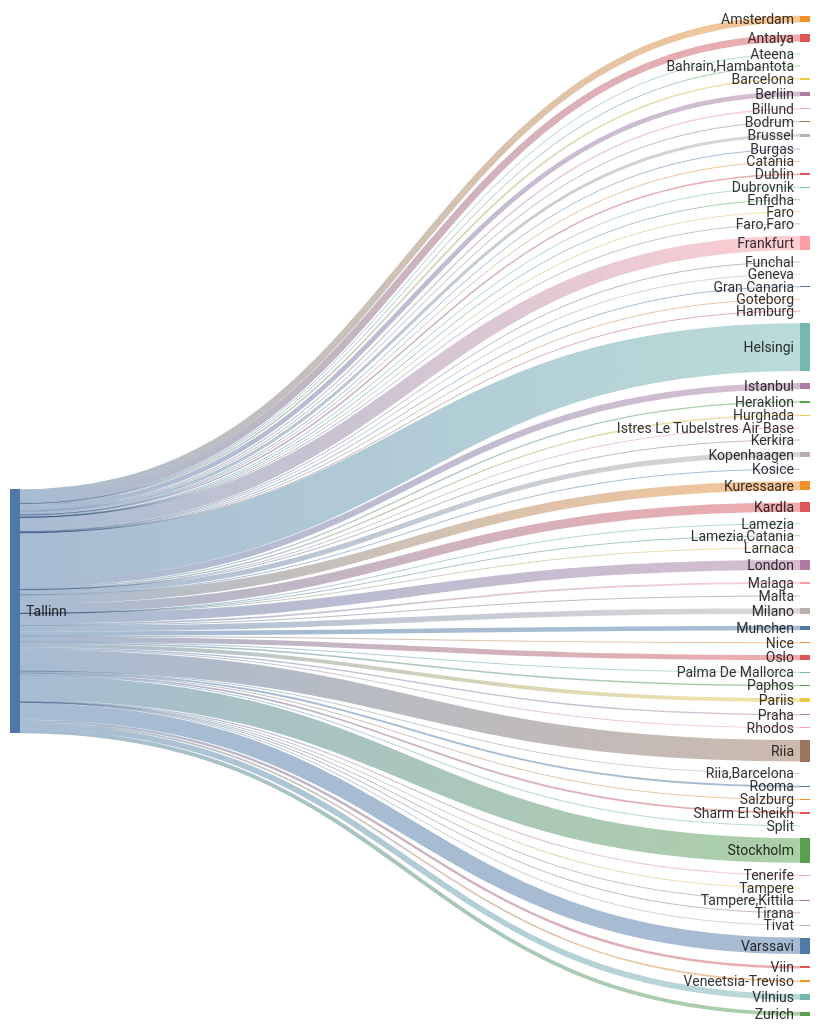
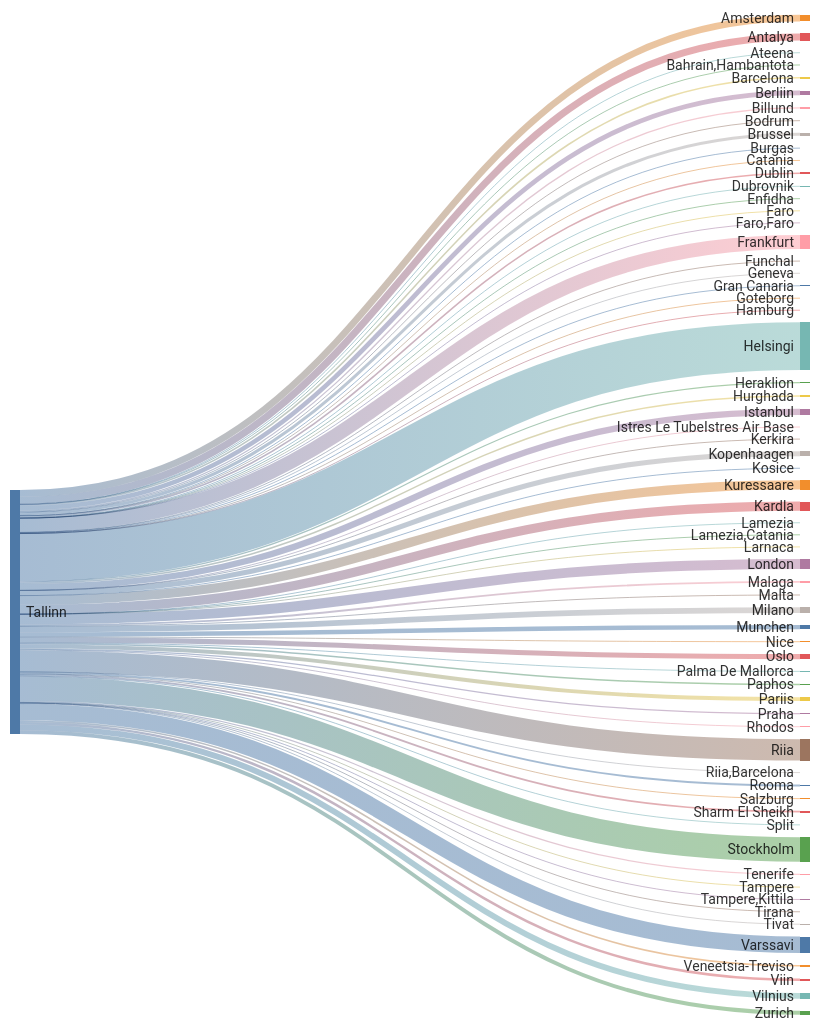
The second of 2 diagrams in README.md (rainermesi/tll-airport-departures), drawn with Mermaid before and after one commit. The commit also changed other lines of this file, not shown here.

````diff
--- a/README.md
+++ b/README.md
@@ -34,77 +34,77 @@
 ```mermaid
 ---
 config:
   sankey:
     showValues: false
     width: 800
     height: 1000
 ---
 sankey-beta
 %% source,target,value
-Tallinn,Amsterdam,253
-Tallinn,Antalya,269
+Tallinn,Amsterdam,255
+Tallinn,Antalya,270
 Tallinn,Ateena,16
 Tallinn,"Bahrain,Hambantota",1
-Tallinn,Barcelona,60
-Tallinn,Berliin,177
+Tallinn,Barcelona,61
+Tallinn,Berliin,178
 Tallinn,Billund,49
 Tallinn,Bodrum,11
-Tallinn,Brussel,115
+Tallinn,Brussel,116
 Tallinn,Burgas,21
 Tallinn,Catania,2
-Tallinn,Dublin,59
+Tallinn,Dublin,60
 Tallinn,Dubrovnik,21
 Tallinn,Enfidha,7
 Tallinn,Faro,4
 Tallinn,"Faro,Faro",1
-Tallinn,Frankfurt,536
+Tallinn,Frankfurt,539
 Tallinn,Funchal,5
 Tallinn,Geneva,9
 Tallinn,Gran Canaria,30
 Tallinn,Goteborg,1
 Tallinn,Hamburg,1
-Tallinn,Helsingi,1815
+Tallinn,Helsingi,1823
 Tallinn,Heraklion,46
 Tallinn,Hurghada,54
-Tallinn,Istanbul,240
+Tallinn,Istanbul,242
 Tallinn,Istres Le TubeIstres Air Base,2
 Tallinn,Kerkira,4
-Tallinn,Kopenhaagen,193
+Tallinn,Kopenhaagen,194
 Tallinn,Kosice,1
-Tallinn,Kuressaare,351
-Tallinn,Kardla,351
+Tallinn,Kuressaare,353
+Tallinn,Kardla,353
 Tallinn,Lamezia,1
 Tallinn,"Lamezia,Catania",3
 Tallinn,Larnaca,4
-Tallinn,London,379
+Tallinn,London,380
 Tallinn,Malaga,71
 Tallinn,Malta,15
-Tallinn,Milano,216
+Tallinn,Milano,217
 Tallinn,Munchen,171
 Tallinn,Nice,25
-Tallinn,Oslo,195
+Tallinn,Oslo,196
 Tallinn,Palma De Mallorca,19
-Tallinn,Paphos,57
-Tallinn,Pariis,146
+Tallinn,Paphos,58
+Tallinn,Pariis,147
 Tallinn,Praha,49
 Tallinn,Rhodos,32
-Tallinn,Riia,813
+Tallinn,Riia,817
 Tallinn,"Riia,Barcelona",1
 Tallinn,Rooma,72
 Tallinn,Salzburg,10
-Tallinn,Sharm El Sheikh,68
+Tallinn,Sharm El Sheikh,69
 Tallinn,Split,25
-Tallinn,Stockholm,931
+Tallinn,Stockholm,933
 Tallinn,Tampere,17
 Tallinn,"Tampere,Kittila",13
-Tallinn,Tenerife,45
+Tallinn,Tenerife,46
 Tallinn,Tirana,8
 Tallinn,Tivat,26
-Tallinn,Varssavi,625
+Tallinn,Varssavi,628
 Tallinn,Veneetsia-Treviso,59
-Tallinn,Viin,93
-Tallinn,Vilnius,221
-Tallinn,Zurich,148
+Tallinn,Viin,94
+Tallinn,Vilnius,222
+Tallinn,Zurich,149
 
 
 ```
````
